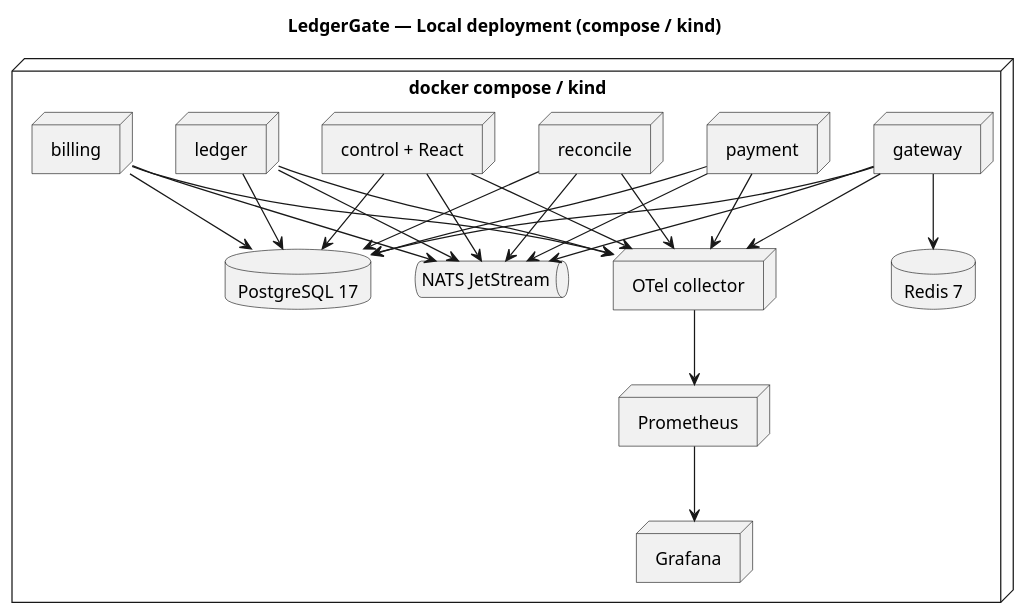
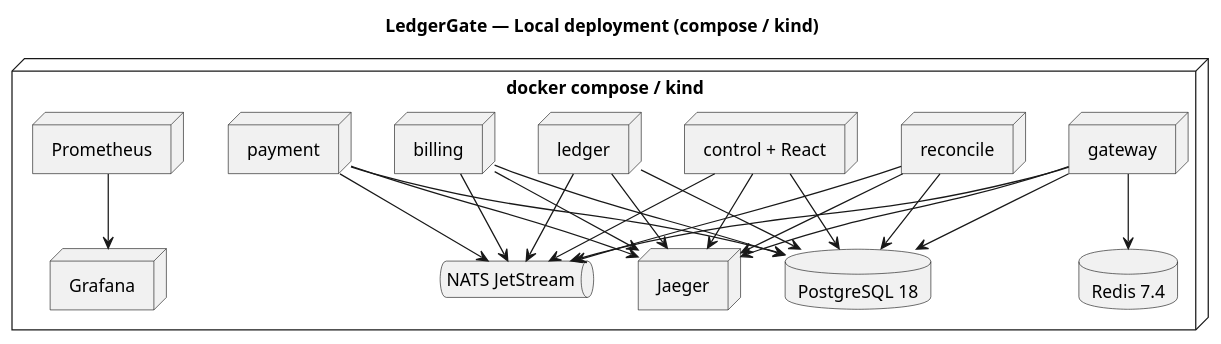
Before and after one commit to NicoYazawa/LedgerGate: the diagram in docs/diagrams/deployment.puml, drawn with PlantUML. The commit also changed 8 other files, not shown here.

```diff
--- a/docs/diagrams/deployment.puml
+++ b/docs/diagrams/deployment.puml
@@ -1,44 +1,43 @@
 @startuml LedgerGate-Deployment
 title LedgerGate — Local deployment (compose / kind)
 
 skinparam shadowing false
 skinparam componentStyle rectangle
 
 node "docker compose / kind" {
   node "gateway" as GW
   node "control + React" as CTL
   node "ledger" as LED
   node "billing" as BIL
   node "payment" as PAY
   node "reconcile" as REC
-  database "PostgreSQL 17" as PG
-  database "Redis 7" as RD
+  database "PostgreSQL 18" as PG
+  database "Redis 7.4" as RD
   queue "NATS JetStream" as NATS
   node "Prometheus" as PROM
   node "Grafana" as GRAF
-  node "OTel collector" as OTEL
+  node "Jaeger" as JAEGER
 }
 
 GW --> PG
 GW --> RD
 GW --> NATS
 CTL --> PG
 CTL --> NATS
 LED --> PG
 LED --> NATS
 BIL --> PG
 BIL --> NATS
 PAY --> PG
 PAY --> NATS
 REC --> PG
 REC --> NATS
 
-GW --> OTEL
-CTL --> OTEL
-LED --> OTEL
-BIL --> OTEL
-PAY --> OTEL
-REC --> OTEL
-OTEL --> PROM
+GW --> JAEGER
+CTL --> JAEGER
+LED --> JAEGER
+BIL --> JAEGER
+PAY --> JAEGER
+REC --> JAEGER
 PROM --> GRAF
 @enduml
```
